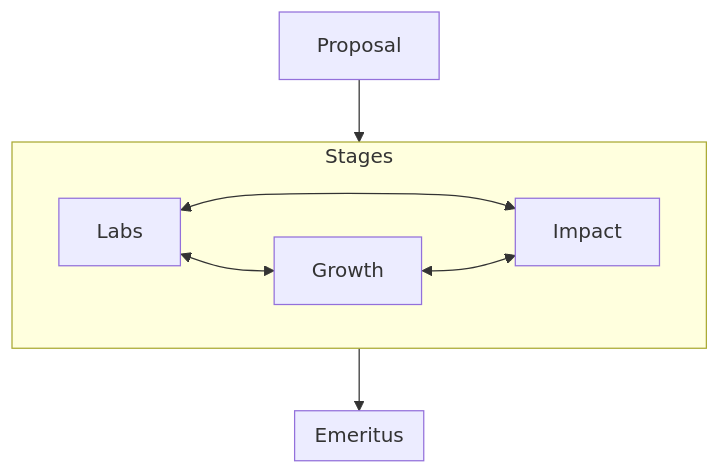
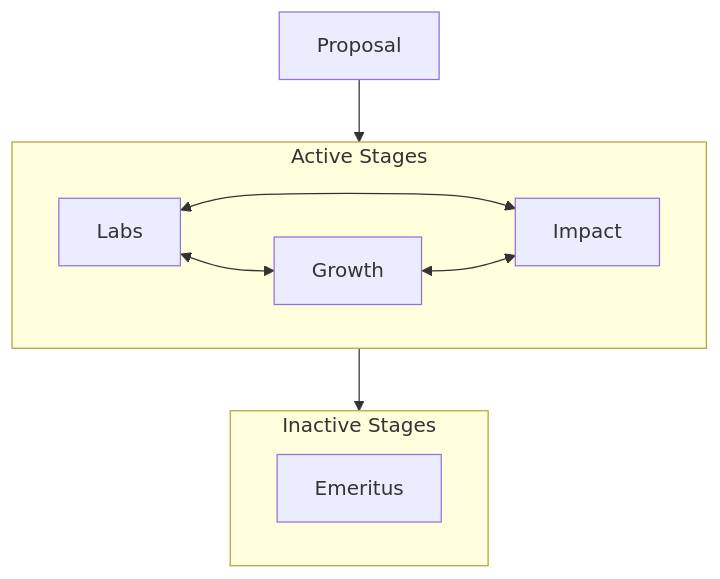
The diagram in docs/governance/project-lifecycle.md (openwallet-foundation/tac), drawn with Mermaid before and after one commit.

Commit message:
Update diagram

````diff
--- a/docs/governance/project-lifecycle.md
+++ b/docs/governance/project-lifecycle.md
@@ -56,16 +56,17 @@
 ``` mermaid
 flowchart
   p[Proposal]
-  subgraph s[Stages]
+  subgraph as[Active Stages]
     l[Labs]
     g[Growth]
     i[Impact]
   end
-  subgraph e[Emeritus]
+  subgraph is[Inactive Stages]
+    e[Emeritus]
   end
-  p --> s
+  p --> as
   l <--> g
   l <--> i
   g <--> i
-  s --> e  
+  as --> is  
 ```
````
